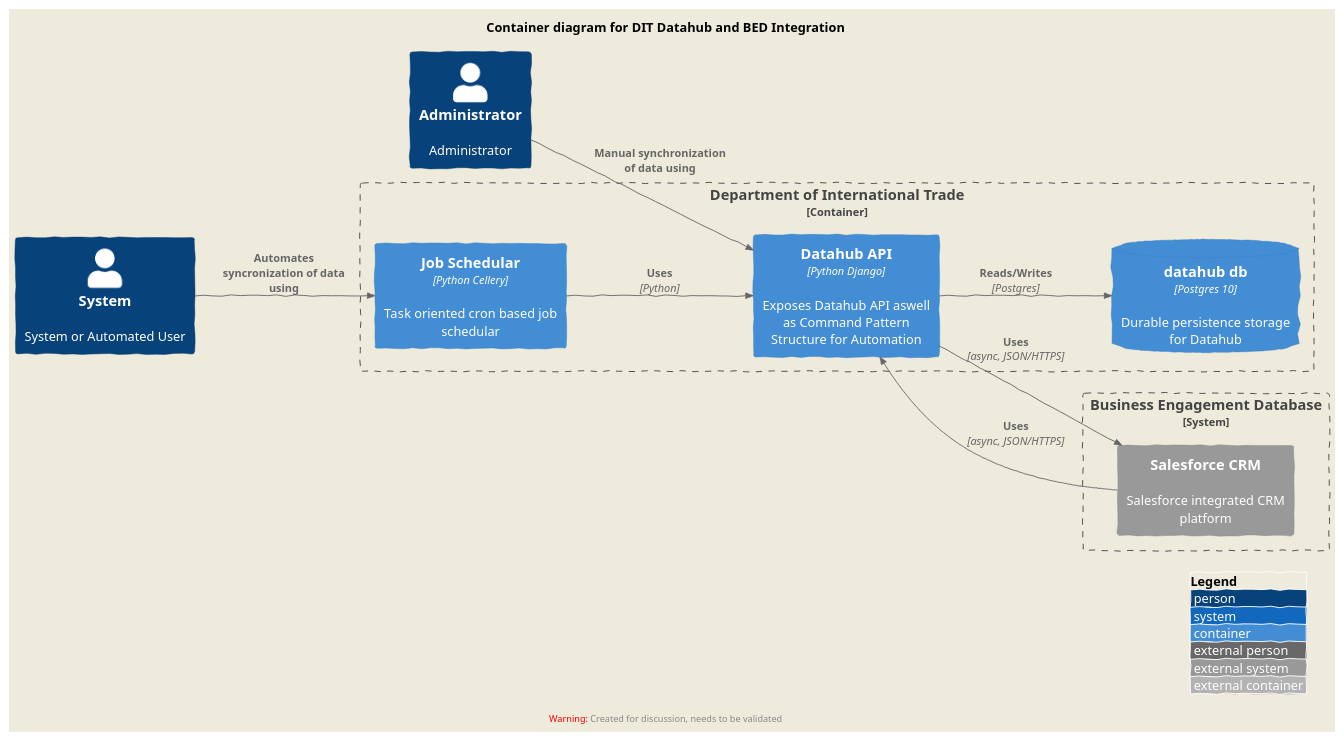
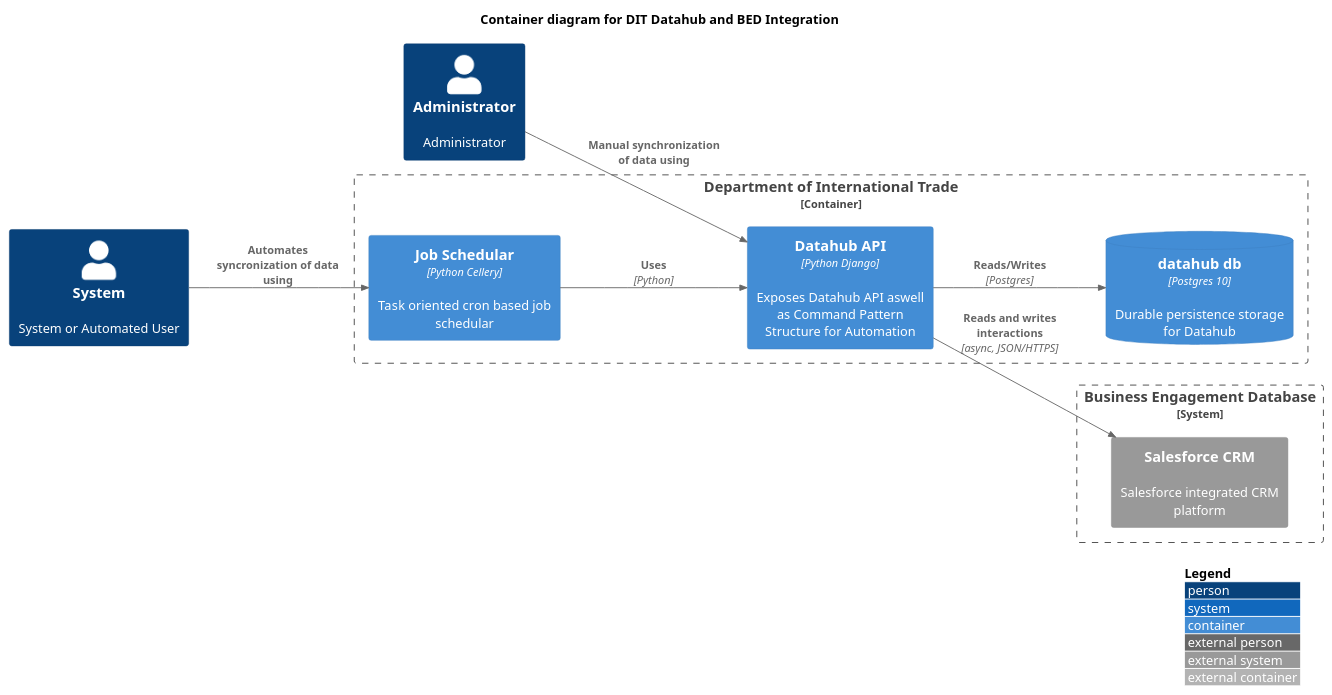
Before and after one commit to vfarah-if/DrawItExercises: the diagram in datahub/datahub-bed-container.puml, drawn with PlantUML. The commit also changed 1 other file, not shown here.

Commit message:
Updated diagram descriptions

```diff
--- a/datahub/datahub-bed-container.puml
+++ b/datahub/datahub-bed-container.puml
@@ -1,32 +1,30 @@
 @startuml
 !include https://raw.githubusercontent.com/plantuml-stdlib/C4-PlantUML/master/C4_Container.puml
 
-LAYOUT_AS_SKETCH()
+' LAYOUT_AS_SKETCH()
 LAYOUT_WITH_LEGEND()
 LAYOUT_LEFT_RIGHT()
 ' LAYOUT_TOP_DOWN()
 
 title  Container diagram for DIT Datahub and BED Integration
 
 Person(admin, "Administrator", "Administrator")
 Person(sysuser, "System ", "System or Automated User")
 
 Container_Boundary(dit_system, "Department of International Trade"){
     Container(datahub_api, "Datahub API", "Python Django", "Exposes Datahub API aswell as Command Pattern Structure for Automation")
     Container(cellery, "Job Schedular", "Python Cellery", "Task oriented cron based job schedular")
     ContainerDb(datahub_db, "datahub db", "Postgres 10", "Durable persistence storage for Datahub")
 }
 
 System_Boundary(bed_system, "Business Engagement Database"){
     System_Ext(salesforce, "Salesforce CRM", "Salesforce integrated CRM platform")
 }
 
 Rel(admin, datahub_api, "Manual synchronization of data using")
 Rel(sysuser, cellery, "Automates syncronization of data using")
 Rel(cellery, datahub_api, "Uses", "Python")
 Rel(datahub_api, datahub_db, "Reads/Writes", "Postgres")
-Rel(datahub_api, salesforce, "Uses", "async, JSON/HTTPS")
-Rel(salesforce, datahub_api, "Uses", "async, JSON/HTTPS")
-
+Rel(datahub_api, salesforce, "Reads and writes interactions", "async, JSON/HTTPS")
 
 @enduml
```
